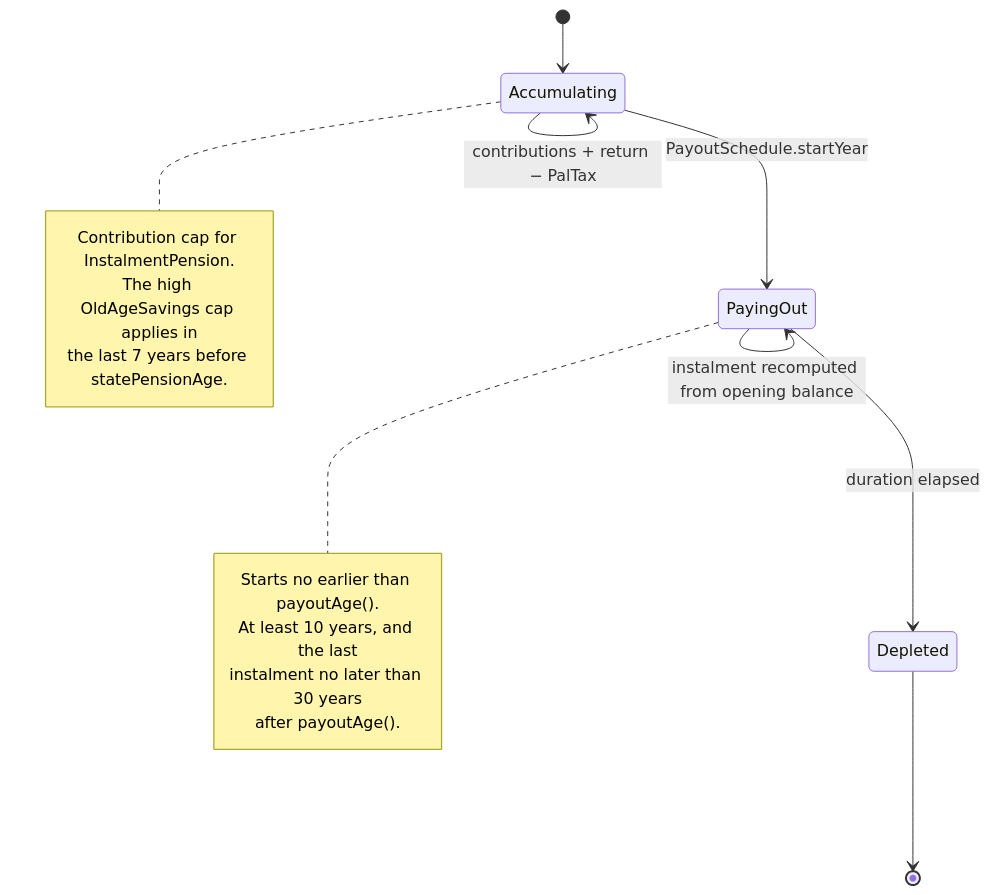
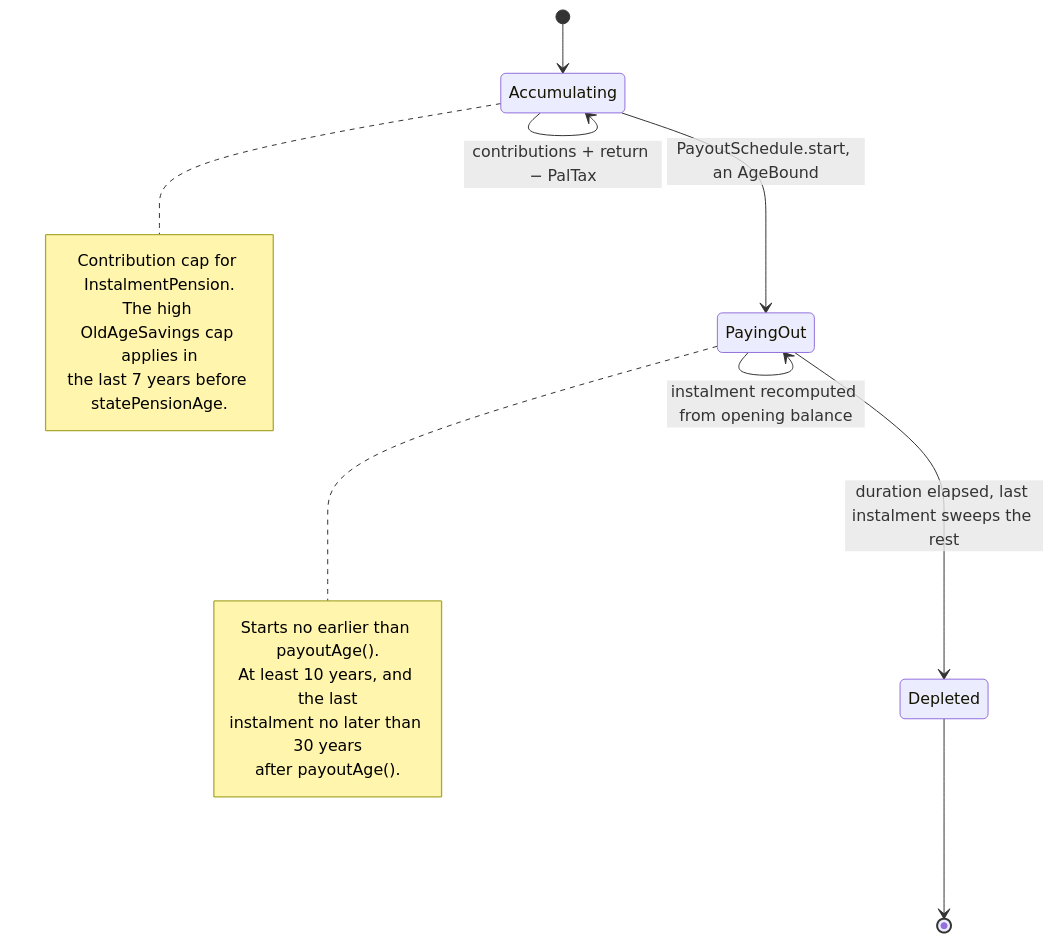
The first of 3 diagrams in docs/diagrams/03-livscyklus.md (jbhdk/PensionPlanner), drawn with Mermaid before and after one commit. The commit also changed other lines of this file and 8 other files, not shown here.

````diff
--- a/docs/diagrams/03-livscyklus.md
+++ b/docs/diagrams/03-livscyklus.md
@@ -7,22 +9,22 @@
 ```mermaid
 stateDiagram-v2
     [*] --> Accumulating
     Accumulating --> Accumulating : contributions + return − PalTax
-    Accumulating --> PayingOut : PayoutSchedule.startYear
+    Accumulating --> PayingOut : PayoutSchedule.start, an AgeBound
     PayingOut --> PayingOut : instalment recomputed from opening balance
-    PayingOut --> Depleted : duration elapsed
+    PayingOut --> Depleted : duration elapsed, last instalment sweeps the rest
     Depleted --> [*]
 
     note right of Accumulating
         Contribution cap for InstalmentPension.
         The high OldAgeSavings cap applies in
         the last 7 years before statePensionAge.
     end note
 
     note right of PayingOut
         Starts no earlier than payoutAge().
         At least 10 years, and the last
         instalment no later than 30 years
         after payoutAge().
     end note
 ```
````
